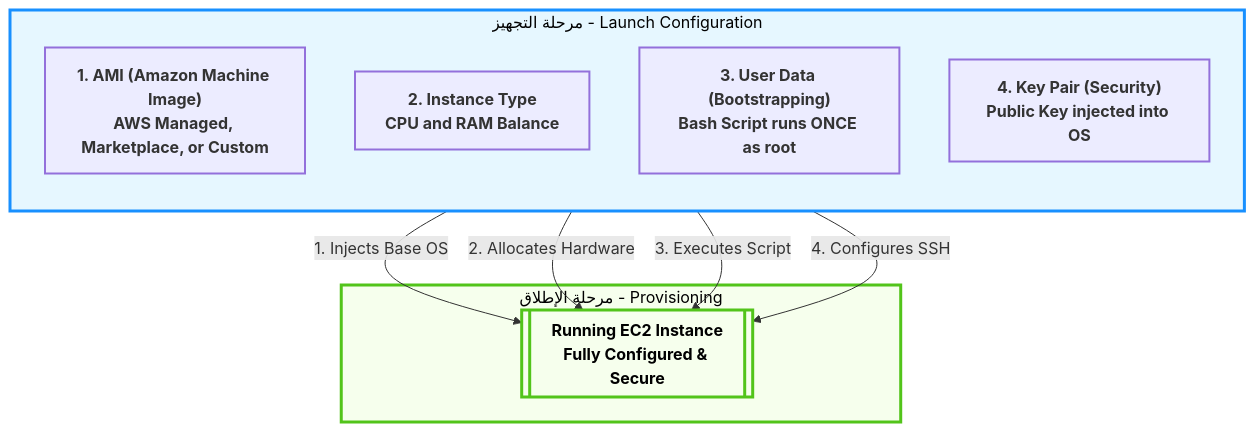
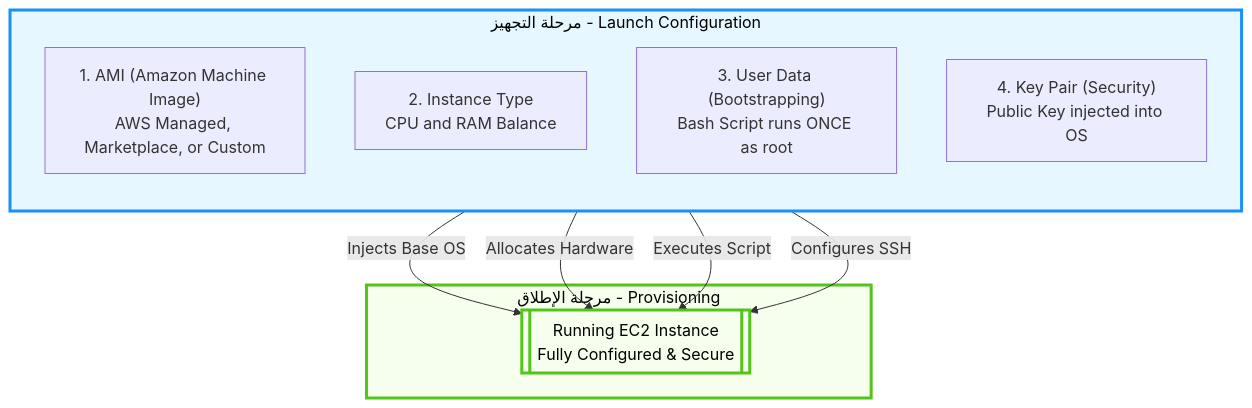
The first of 12 diagrams in Domain 3.md (muhammad-khaled-tech/My-Study-Notes), drawn with Mermaid before and after one commit. The commit also changed other lines of this file and 1 other file, not shown here.

````diff
--- a/Domain 3.md
+++ b/Domain 3.md
@@ -82,28 +82,30 @@
 ```mermaid
 flowchart TD
-    classDef default font-weight:bold,font-size:16px,stroke-width:2px;
 
-    subgraph Config [مرحلة التجهيز - Launch Configuration]
+    %% Configuration Subgraph
+    subgraph Config ["مرحلة التجهيز - Launch Configuration"]
         direction TB
-        
-        A["1. AMI (Amazon Machine Image)\nAWS Managed, Marketplace, or Custom"]
-        B["2. Instance Type\nCPU and RAM Balance"]
-        C["3. User Data (Bootstrapping)\nBash Script runs ONCE as root"]
-        D["4. Key Pair (Security)\nPublic Key injected into OS"]
+        A["1. AMI (Amazon Machine Image)<br/>AWS Managed, Marketplace, or Custom"]
+        B["2. Instance Type<br/>CPU and RAM Balance"]
+        C["3. User Data (Bootstrapping)<br/>Bash Script runs ONCE as root"]
+        D["4. Key Pair (Security)<br/>Public Key injected into OS"]
     end
 
-    subgraph Execution [مرحلة الإطلاق - Provisioning]
-        EC2[["Running EC2 Instance\nFully Configured & Secure"]]
+    %% Execution Subgraph
+    subgraph Execution ["مرحلة الإطلاق - Provisioning"]
+        EC2[["Running EC2 Instance<br/>Fully Configured & Secure"]]
     end
 
-    A -->|1. Injects Base OS| EC2
-    B -->|2. Allocates Hardware| EC2
-    C -->|3. Executes Script| EC2
-    D -->|4. Configures SSH| EC2
+    %% Connections
+    A -->|Injects Base OS| EC2
+    B -->|Allocates Hardware| EC2
+    C -->|Executes Script| EC2
+    D -->|Configures SSH| EC2
 
+    %% Styling
     classDef config fill:#e6f7ff,stroke:#1890ff,stroke-width:3px,color:#000;
     classDef ec2 fill:#f6ffed,stroke:#52c41a,stroke-width:3px,color:#000;
 
     class Config config;
     class Execution,EC2 ec2;
 ```
````
